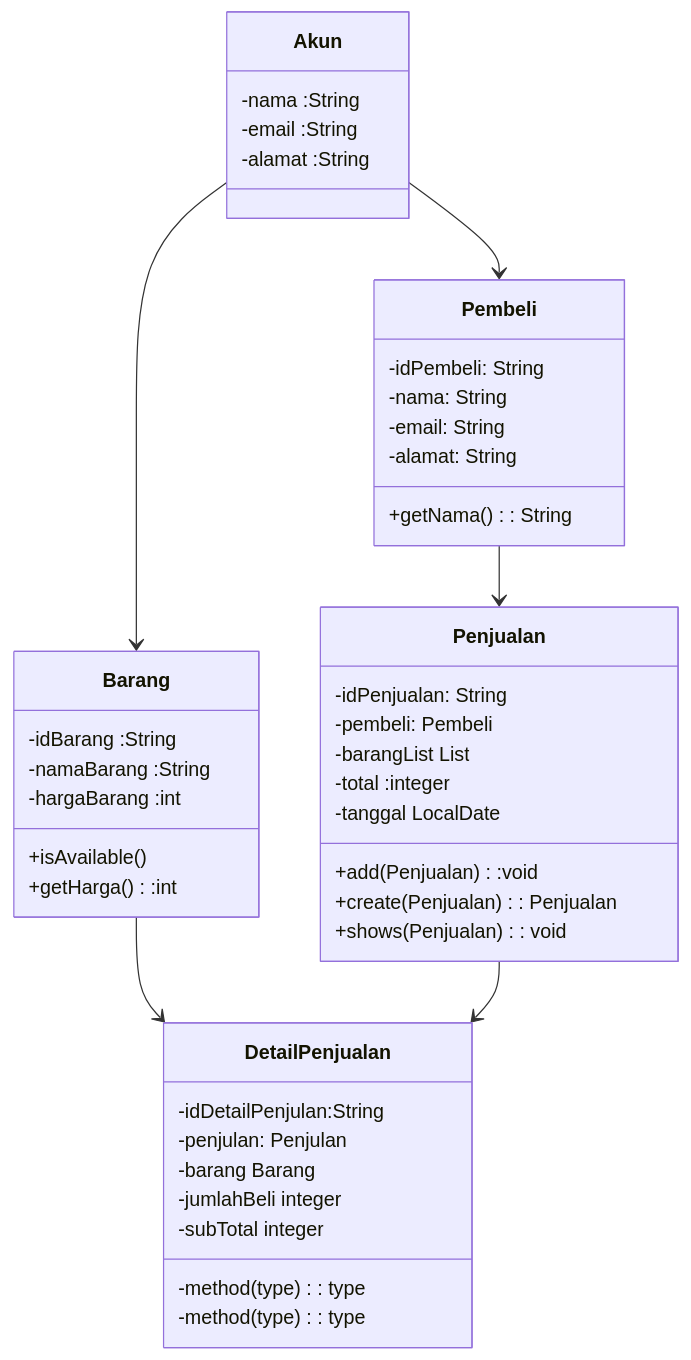
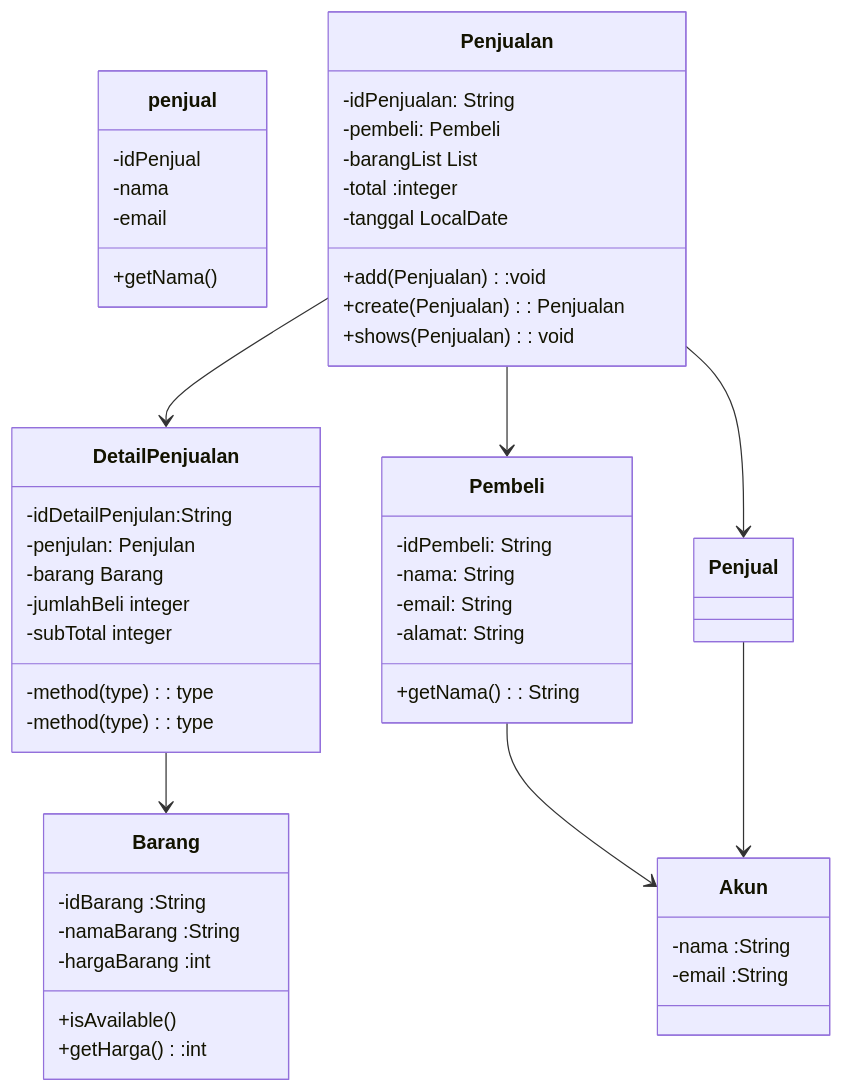
Before and after one commit to ikhsanhazamy/UAS-DASPRO: the second of 2 diagrams in README.md, drawn with Mermaid.

````diff
--- a/README.md
+++ b/README.md
@@ -12,46 +12,53 @@
 ```mermaid
 classDiagram
     class Akun{
         -nama :String
         -email :String
-        -alamat :String
     }
     class Barang{
         -idBarang :String
         -namaBarang :String
         -hargaBarang :int
         +isAvailable() 
         +getHarga():int
     }
     class Pembeli{
         -idPembeli: String 
         -nama: String 
         -email: String 
         -alamat: String 
-        +getNama(): String 
+        +getNama(): String
+    }
+
+    class penjual{
+        -idPenjual
+        -nama
+        -email
+        +getNama()
     }
     class Penjualan{
         -idPenjualan: String 
         -pembeli: Pembeli 
         -barangList List<Barang>  
         -total :integer  
         -tanggal LocalDate  
         +add(Penjualan):void   
         +create(Penjualan): Penjualan   
         +shows(Penjualan): void   
     }
     class DetailPenjualan{
         -idDetailPenjulan:String   
         -penjulan: Penjulan   
         -barang Barang    
         -jumlahBeli integer    
         -subTotal integer    
         -method(type): type    
         -method(type): type
     }
-    Akun --> Barang
-    Akun --> Pembeli
-    Barang --> DetailPenjualan
-    Pembeli --> Penjualan
+    Pembeli --> Akun
+    Penjual --> Akun
+    DetailPenjualan --> Barang
     Penjualan --> DetailPenjualan
+    Penjualan --> Pembeli
+    Penjualan --> Penjual
 ```
````
